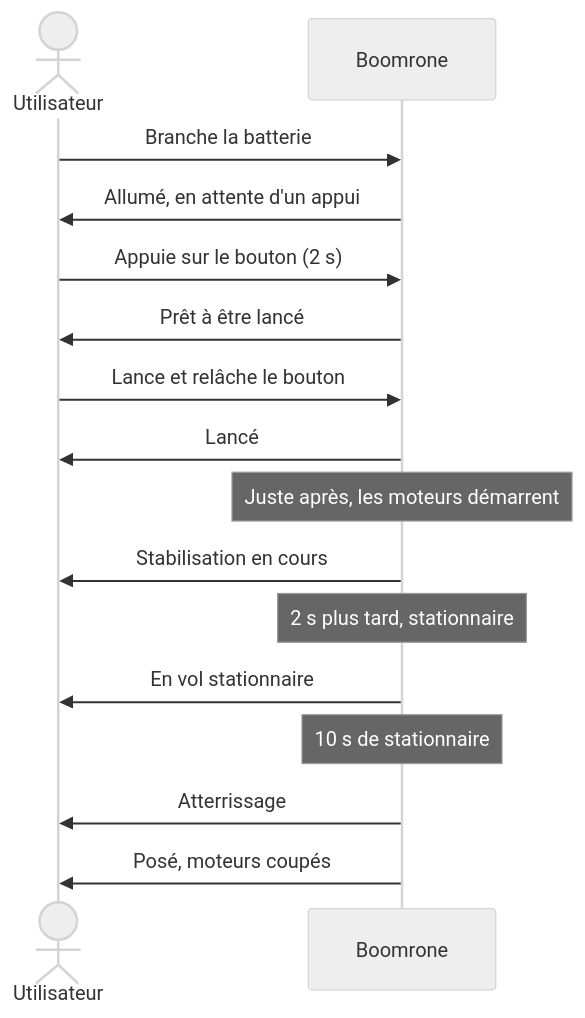
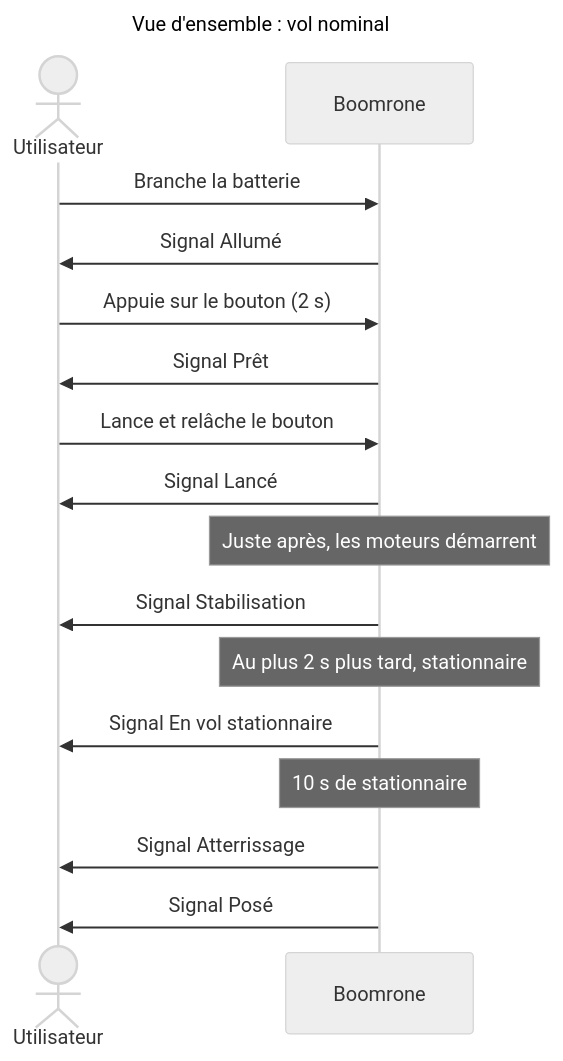
Before and after one commit to thourymatthieu-png/coworker_archi_system: the first of 13 diagrams in projets/boomrone/00-scenarios.md, drawn with Mermaid (neutral theme). The commit also changed other lines of this file and 3 other files, not shown here.

````diff
--- a/projets/boomrone/00-scenarios.md
+++ b/projets/boomrone/00-scenarios.md
@@ -8,18 +11,21 @@
 ```mermaid
+---
+title: "Vue d'ensemble : vol nominal"
+---
 sequenceDiagram
     actor U as Utilisateur
     participant D as Boomrone
     U->>D: Branche la batterie
-    D->>U: Allumé, en attente d'un appui
+    D->>U: Signal Allumé
     U->>D: Appuie sur le bouton (2 s)
-    D->>U: Prêt à être lancé
+    D->>U: Signal Prêt
     U->>D: Lance et relâche le bouton
-    D->>U: Lancé
+    D->>U: Signal Lancé
     Note over D: Juste après, les moteurs démarrent
-    D->>U: Stabilisation en cours
-    Note over D: 2 s plus tard, stationnaire
-    D->>U: En vol stationnaire
+    D->>U: Signal Stabilisation
+    Note over D: Au plus 2 s plus tard, stationnaire
+    D->>U: Signal En vol stationnaire
     Note over D: 10 s de stationnaire
-    D->>U: Atterrissage
-    D->>U: Posé, moteurs coupés
+    D->>U: Signal Atterrissage
+    D->>U: Signal Posé
 ```
````
